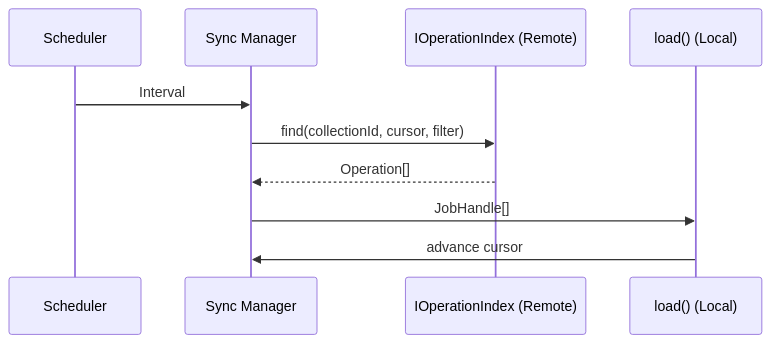
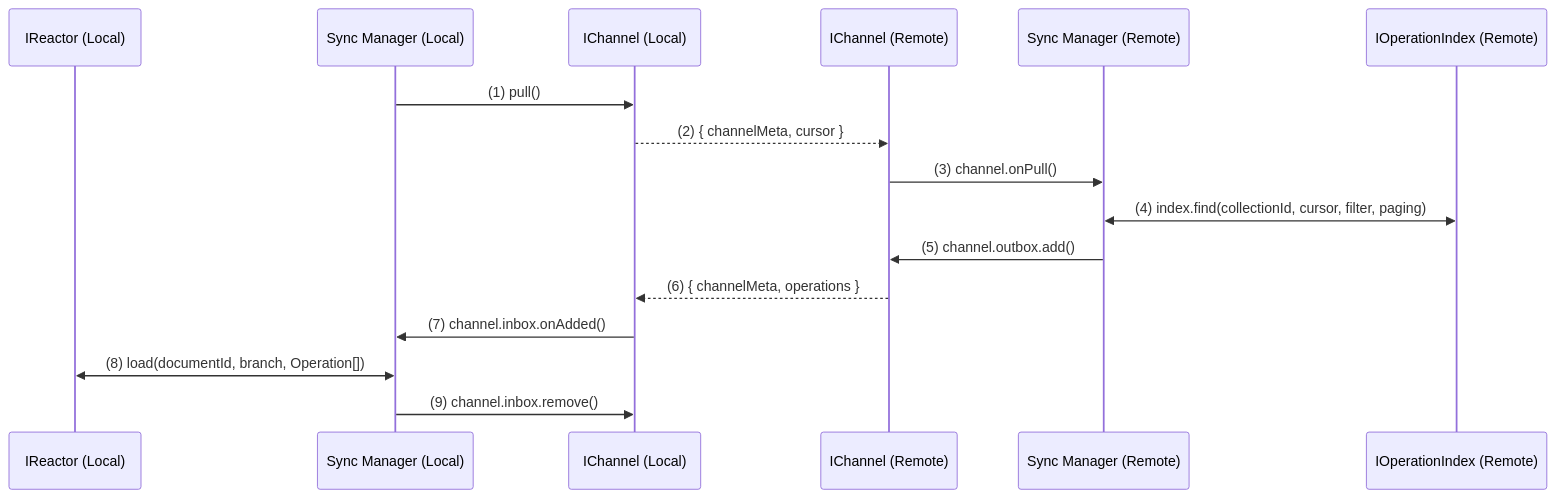
The second of 8 diagrams in packages/reactor/docs/planning/Synchronization/merged.md (powerhouse-inc/powerhouse), drawn with Mermaid before and after one commit. The commit also changed other lines of this file, not shown here.

Commit message:
chore: adding much more granularity to pull diagram

````diff
--- a/packages/reactor/docs/planning/Synchronization/merged.md
+++ b/packages/reactor/docs/planning/Synchronization/merged.md
@@ -191,13 +188,19 @@
 ```mermaid
 sequenceDiagram
-    participant Scheduler as Scheduler
-    participant SyncMgr as Sync Manager
-    participant Index as IOperationIndex (Remote)
-    participant LocalLoad as load() (Local)
+    participant LocalLoad as IReactor (Local)
+    participant SyncMgr as Sync Manager (Local)
+    participant Channel as IChannel (Local)
+    participant RemoteChannel as IChannel (Remote)
+    participant RemoteSyncMgr as Sync Manager (Remote)
+    participant RemoteIndex as IOperationIndex (Remote)
 
-    Scheduler->>SyncMgr: Interval
-    SyncMgr->>Index: find(collectionId, cursor, filter)
-    Index-->>SyncMgr: Operation[]
-    SyncMgr->>LocalLoad: JobHandle[]
-    LocalLoad->>SyncMgr: advance cursor
+    SyncMgr->>Channel: (1) pull()
+    Channel-->>RemoteChannel: (2) { channelMeta, cursor }
+    RemoteChannel->>RemoteSyncMgr: (3) channel.onPull()
+    RemoteSyncMgr<<->>RemoteIndex: (4) index.find(collectionId, cursor, filter, paging)
+    RemoteSyncMgr->>RemoteChannel: (5) channel.outbox.add()
+    RemoteChannel-->>Channel: (6) { channelMeta, operations }
+    Channel->>SyncMgr: (7) channel.inbox.onAdded()
+    SyncMgr<<->>LocalLoad: (8) load(documentId, branch, Operation[])
+    SyncMgr->>Channel: (9) channel.inbox.remove()
 ```
````
